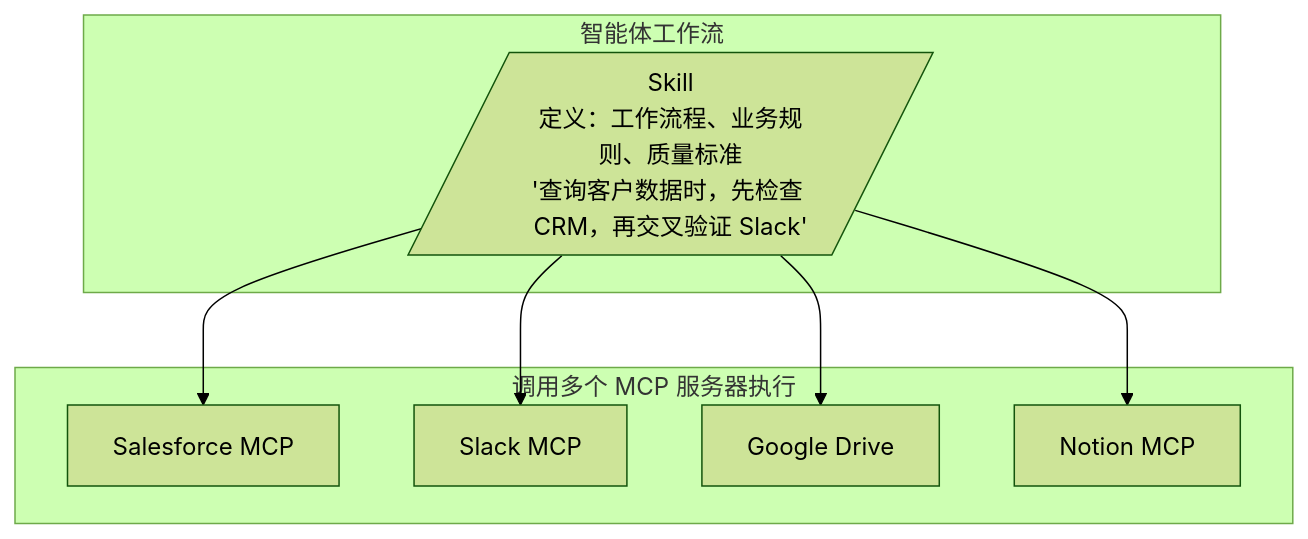
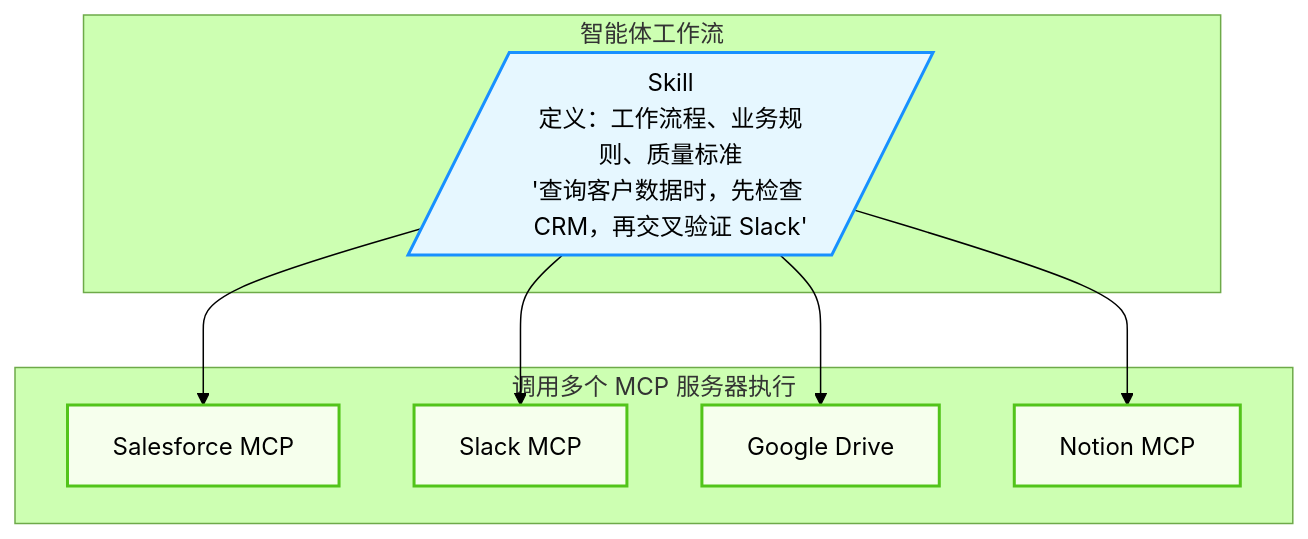
The third of 3 diagrams in 04_tools/4.4_skills.md (yeasy/agentic_ai_guide), drawn with Mermaid (forest theme) before and after one commit. The commit also changed other lines of this file and 36 other files, not shown here.

````diff
--- a/04_tools/4.4_skills.md
+++ b/04_tools/4.4_skills.md
@@ -150,18 +162,25 @@
 ```mermaid
 graph TD
+    %% Agentic Design System
+    classDef agent fill:#e6f7ff,stroke:#1890ff,stroke-width:2px;
+    classDef tool fill:#f6ffed,stroke:#52c41a,stroke-width:2px;
+
     subgraph Workflow [智能体工作流]
         Skill[/"Skill<br>定义：工作流程、业务规则、质量标准<br>'查询客户数据时，先检查 CRM，再交叉验证 Slack'"/]
     end
     
     subgraph Execution [调用多个 MCP 服务器执行]
         S1[Salesforce MCP]
         S2[Slack MCP]
         S3[Google Drive]
         S4[Notion MCP]
     end
     
     Skill --> S1
     Skill --> S2
     Skill --> S3
     Skill --> S4
+    
+    class Skill agent;
+    class S1,S2,S3,S4 tool;
 ```
````
